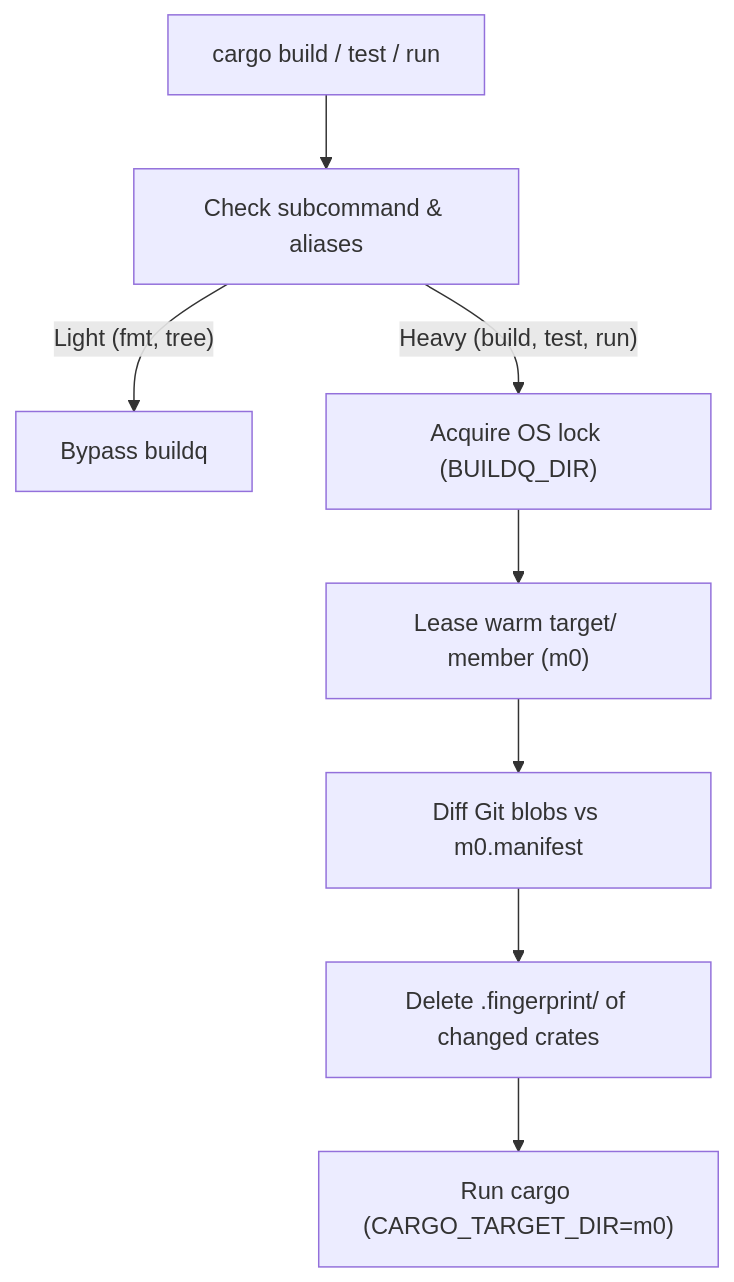
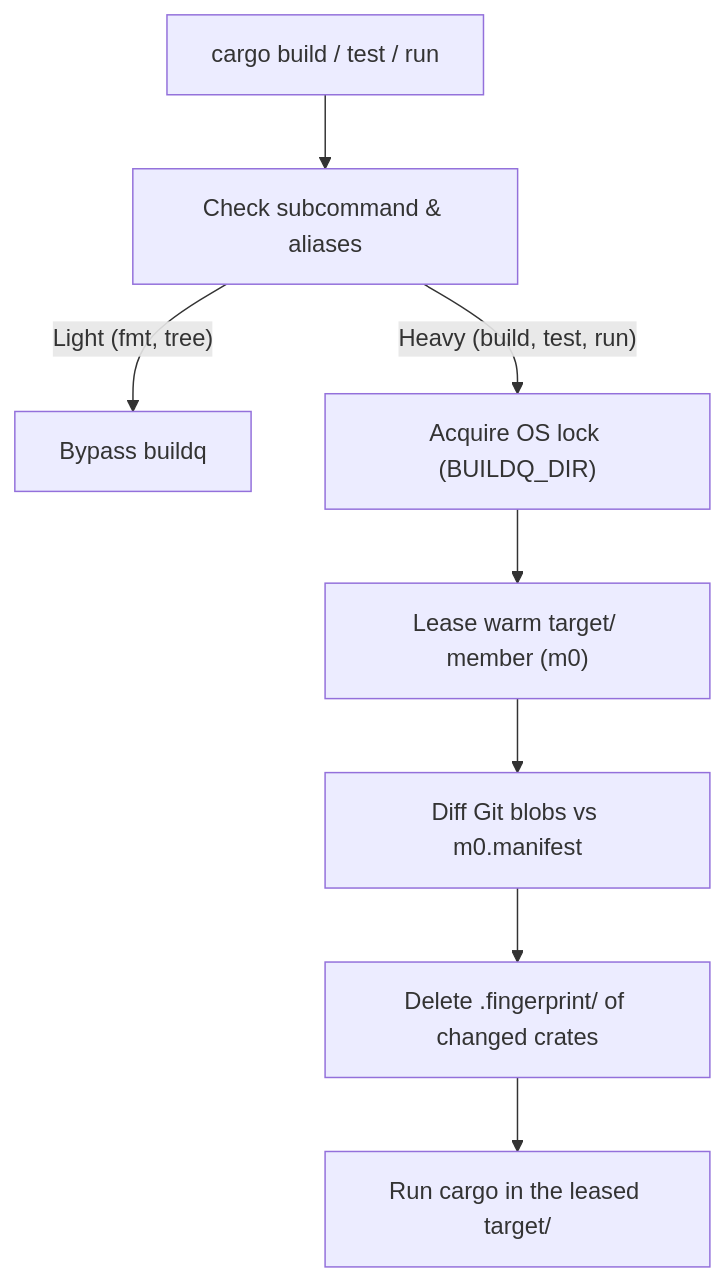
One commit to r4ai/buildq changed the second of 2 diagrams in README.md. Above: the diagram before and after it, drawn with Mermaid. The commit also changed 11 other files, not shown here.

````diff
--- a/README.md
+++ b/README.md
@@ -169,10 +169,10 @@
 ```mermaid
 flowchart TD
     Start["cargo build / test / run"] --> Check["Check subcommand & aliases"]
     Check -- "Light (fmt, tree)" --> Pass["Bypass buildq"]
     Check -- "Heavy (build, test, run)" --> Lock["Acquire OS lock (BUILDQ_DIR)"]
     Lock --> Lease["Lease warm target/ member (m0)"]
     Lease --> Diff["Diff Git blobs vs m0.manifest"]
     Diff --> Invalidate["Delete .fingerprint/ of changed crates"]
-    Invalidate --> Build["Run cargo (CARGO_TARGET_DIR=m0)"]
+    Invalidate --> Build["Run cargo in the leased target/"]
 ```
````
